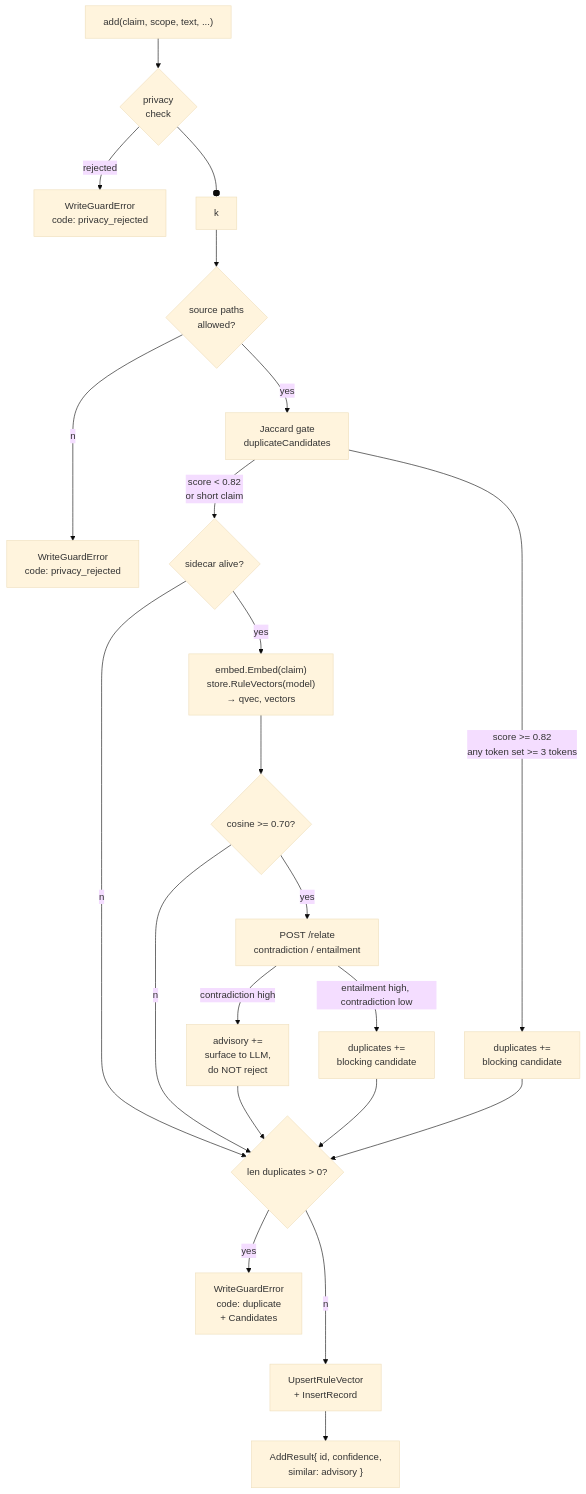
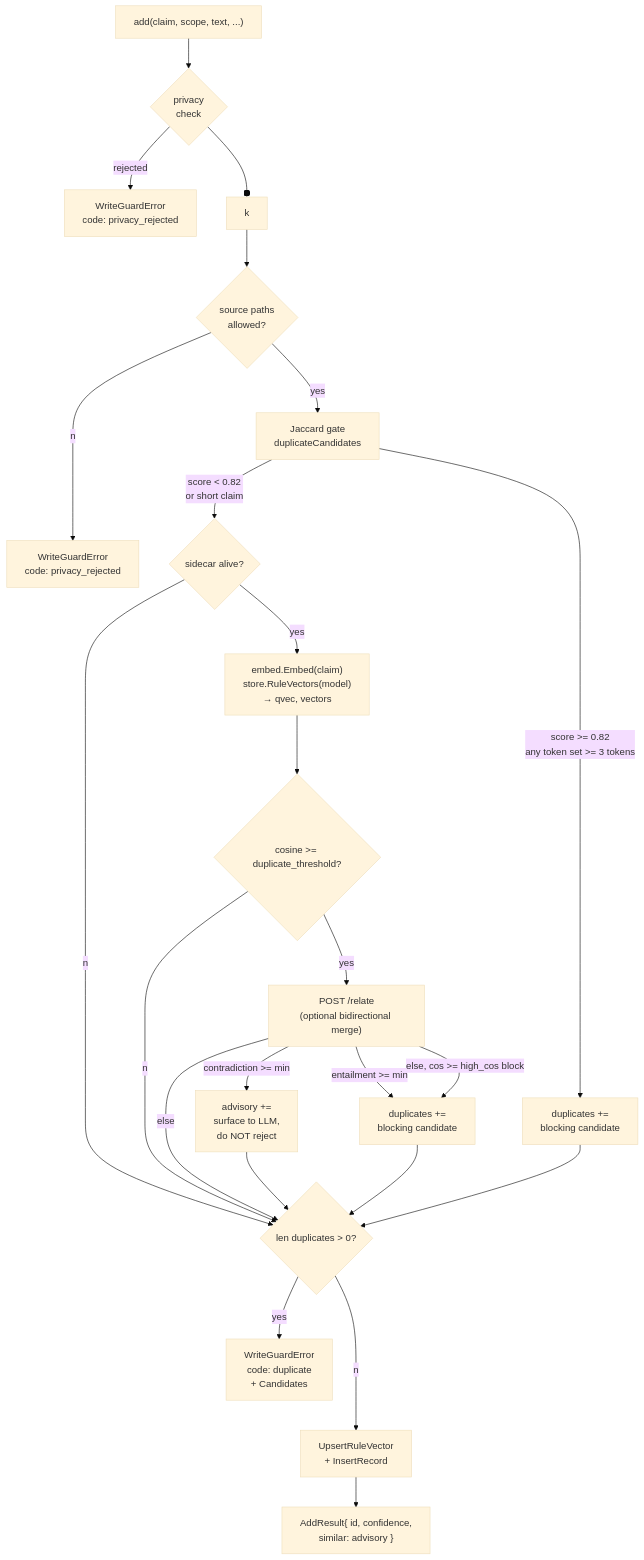
One commit to SteamedBread2333/imprint changed the first of 2 diagrams in docs/semantic-dedup.md. Above: the diagram before and after it, drawn with Mermaid (base theme). The commit also changed other lines of this file and 15 other files, not shown here.

````diff
--- a/docs/semantic-dedup.md
+++ b/docs/semantic-dedup.md
@@ -98,23 +99,25 @@
 ```mermaid
 flowchart TD
     A["add(claim, scope, text, ...)"] --> B{privacy<br/>check}
     B --rejected--> R1["WriteGuardError<br/>code: privacy_rejected"]
     B --ok--> C{source paths<br/>allowed?}
     C --no--> R2["WriteGuardError<br/>code: privacy_rejected"]
     C --yes--> D[Jaccard gate<br/>duplicateCandidates]
     D --score >= 0.82<br/>any token set >= 3 tokens--> DUP["duplicates +=<br/>blocking candidate"]
     D --score < 0.82<br/>or short claim--> E{sidecar alive?}
     E --no--> DEC{len duplicates > 0?}
     E --yes--> F["embed.Embed(claim)<br/>store.RuleVectors(model)<br/>→ qvec, vectors"]
-    F --> G{cosine >= 0.70?}
+    F --> G{cosine >= duplicate_threshold?}
     G --no--> DEC
-    G --yes--> H["POST /relate<br/>contradiction / entailment"]
-    H --contradiction high--> AD["advisory +=<br/>surface to LLM,<br/>do NOT reject"]
-    H --entailment high, contradiction low--> BLK["duplicates +=<br/>blocking candidate"]
+    G --yes--> H["POST /relate<br/>(optional bidirectional merge)"]
+    H --contradiction >= min--> AD["advisory +=<br/>surface to LLM,<br/>do NOT reject"]
+    H --entailment >= min--> BLK["duplicates +=<br/>blocking candidate"]
+    H --else, cos >= high_cos block--> BLK
+    H --else--> DEC
     AD --> DEC
     BLK --> DEC
     DUP --> DEC
     DEC --yes--> R3["WriteGuardError<br/>code: duplicate<br/>+ Candidates"]
     DEC --no--> I[UpsertRuleVector<br/>+ InsertRecord]
     I --> OK["AddResult{ id, confidence,<br/>similar: advisory }"]
 ```
````
